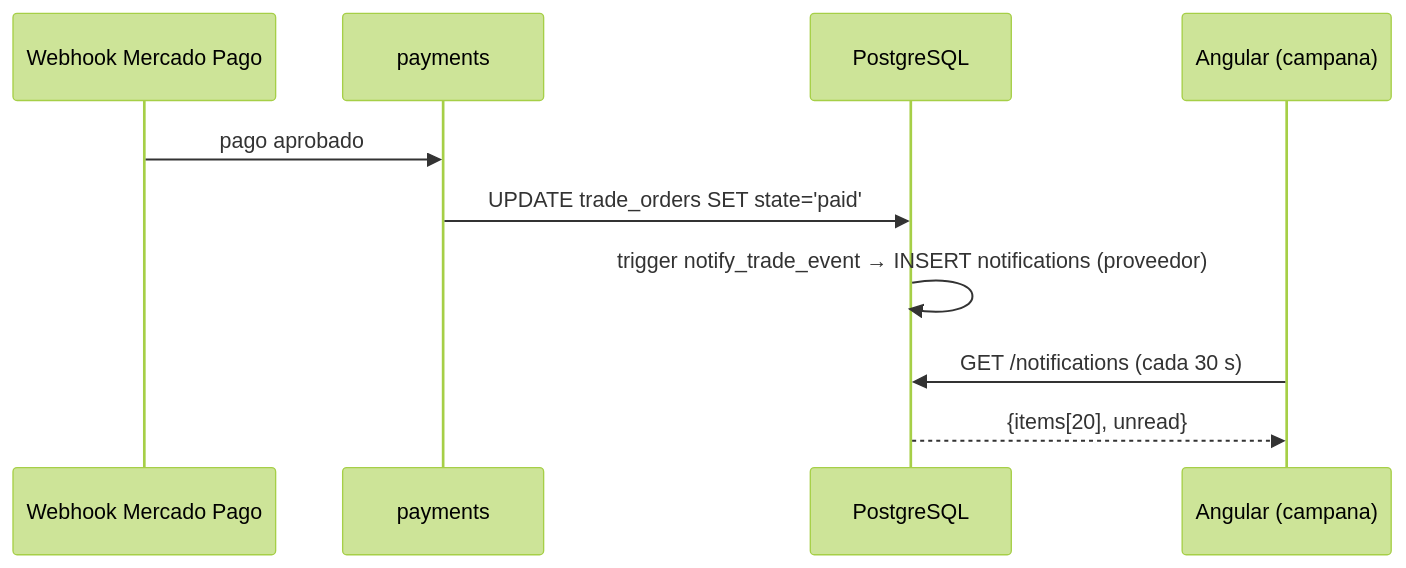
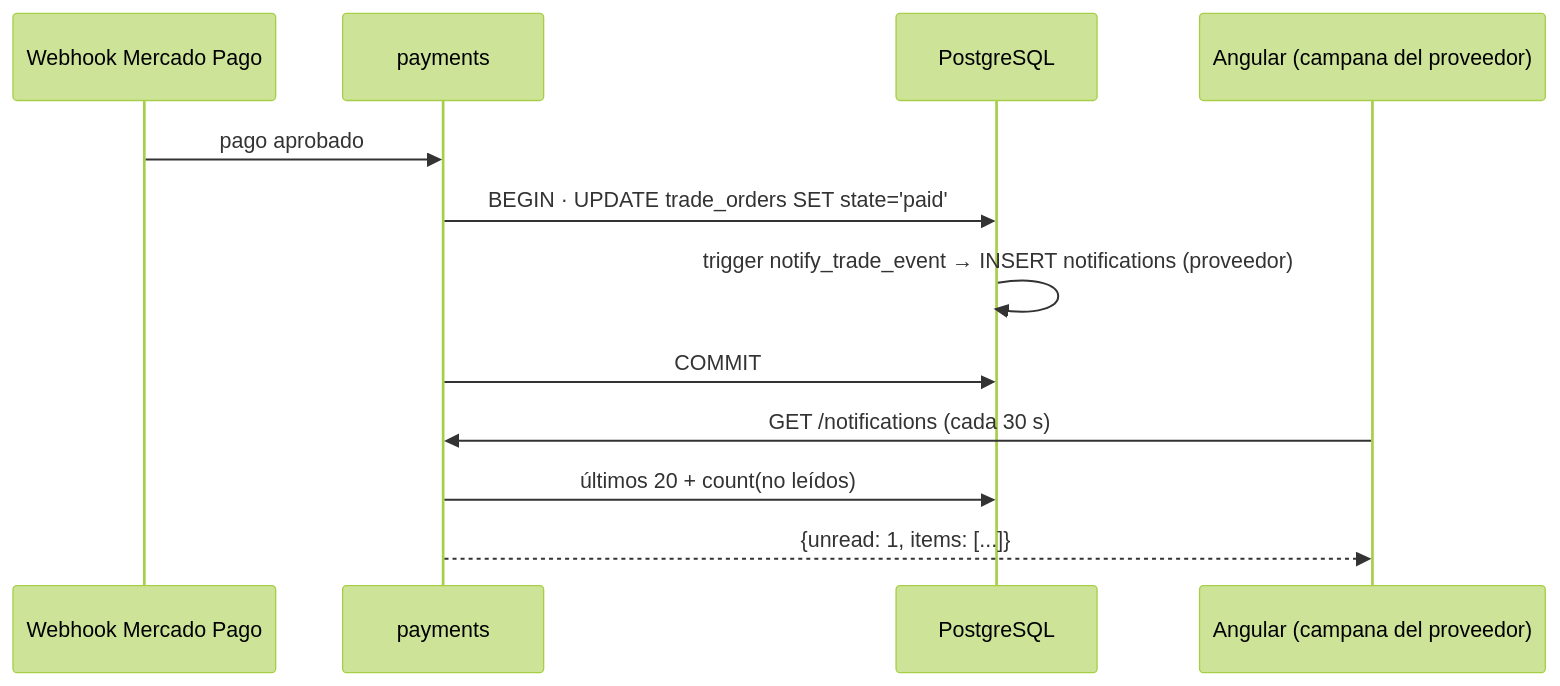
One commit to Yeltsin-MC/MayoristaPro-B2B-ArquitSoft changed the diagram in docs/sprint-2/sdd/06-avisos-volver-a-pedir/design.md. Above: the diagram before and after it, drawn with Mermaid (forest theme). The commit also changed other lines of this file and 2 other files, not shown here.

````diff
--- a/docs/sprint-2/sdd/06-avisos-volver-a-pedir/design.md
+++ b/docs/sprint-2/sdd/06-avisos-volver-a-pedir/design.md
@@ -12,12 +56,14 @@
 ```mermaid
 sequenceDiagram
   participant MP as Webhook Mercado Pago
   participant API as payments
   participant DB as PostgreSQL
-  participant W as Angular (campana)
+  participant W as Angular (campana del proveedor)
   MP->>API: pago aprobado
-  API->>DB: UPDATE trade_orders SET state='paid'
+  API->>DB: BEGIN · UPDATE trade_orders SET state='paid'
   DB->>DB: trigger notify_trade_event → INSERT notifications (proveedor)
-  W->>DB: GET /notifications (cada 30 s)
-  DB-->>W: {items[20], unread}
+  API->>DB: COMMIT
+  W->>API: GET /notifications (cada 30 s)
+  API->>DB: últimos 20 + count(no leídos)
+  API-->>W: {unread: 1, items: [...]}
 ```
````
